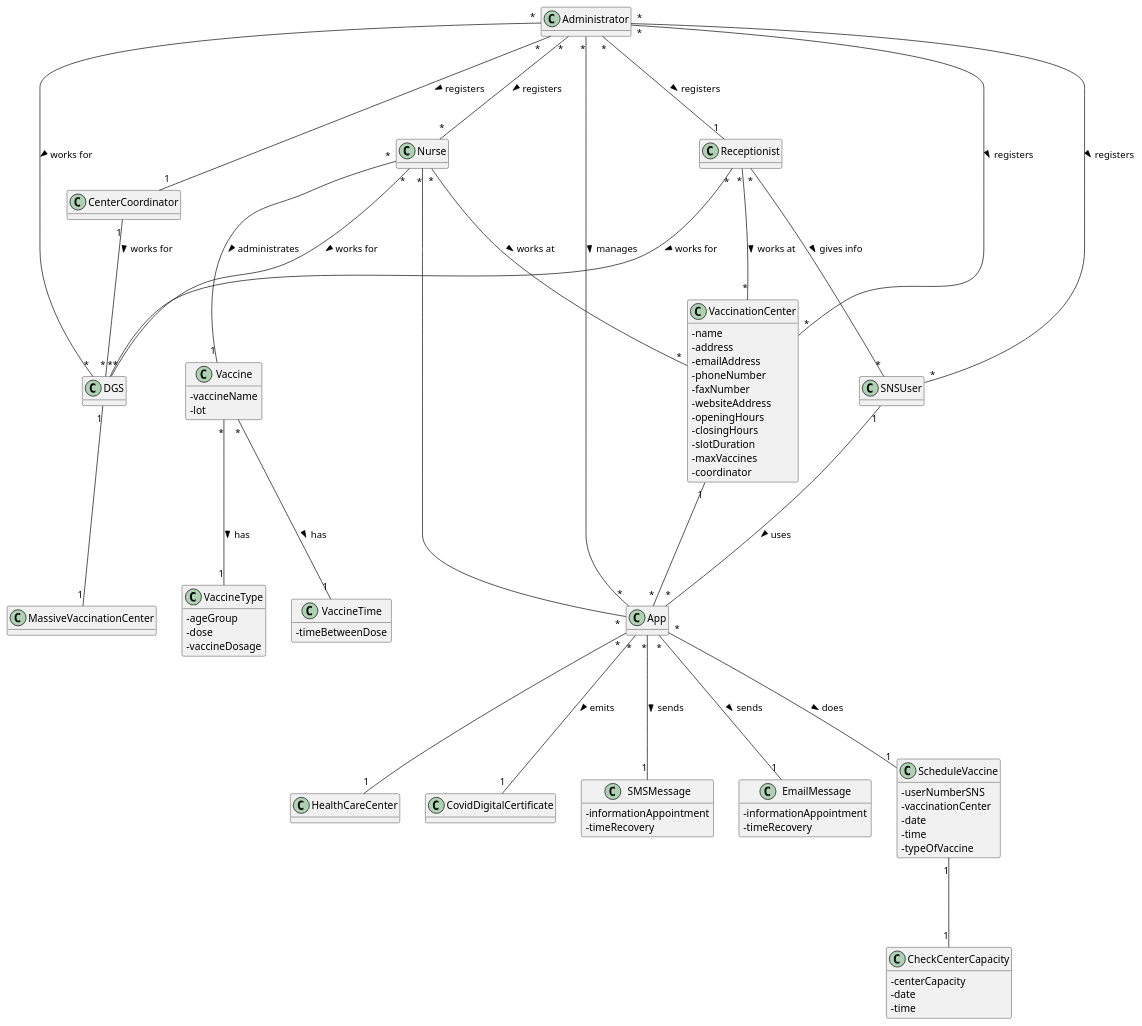
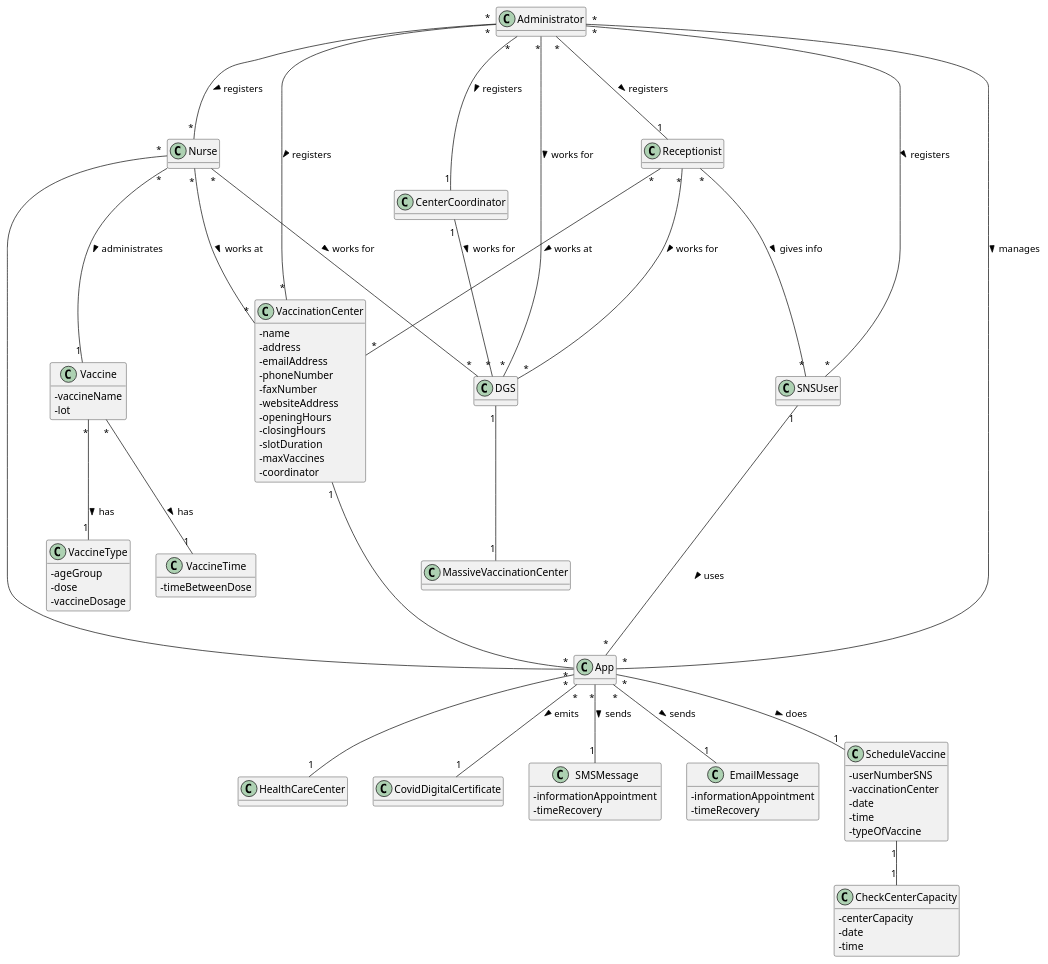
Before and after one commit to PedroMesquita1211171/VaccinationManager: the diagram in docs/SprintA/DM.puml, drawn with PlantUML.

Commit message:
DM vFinal2 (pequenas correções)

```diff
--- a/docs/SprintA/DM.puml
+++ b/docs/SprintA/DM.puml
@@ -1,117 +1,117 @@
 @startuml
 skinparam classAttributeIconSize 0
 hide methods
 
 class Administrator{
 }
 
 class Nurse{
 }
 
 class SNSUser{
 }
 
 class Receptionist{
 }
 
 class CenterCoordinator{
 }
 
 class HealthCareCenter {
 }
 
 class DGS {
 }
 
 class MassiveVaccinationCenter {
 }
 
 class CovidDigitalCertificate {
 }
 
 class App{
 }
 
 class SMSMessage {
 - informationAppointment
 - timeRecovery
 }
 
 class EmailMessage {
 - informationAppointment
 - timeRecovery
 }
 
 class Vaccine {
 - vaccineName
 - lot
 }
 
 class VaccineType {
 - ageGroup
 - dose
 - vaccineDosage
 }
 
 class VaccineTime {
 - timeBetweenDose
 }
 
 class CheckCenterCapacity {
 - centerCapacity
 - date
 - time
 }
 
 class ScheduleVaccine {
 - userNumberSNS
 - vaccinationCenter
 - date
 - time
 - typeOfVaccine
 }
 
 class VaccinationCenter {
   - name
   - address
   - emailAddress
   - phoneNumber
   - faxNumber
   - websiteAddress
   - openingHours
   - closingHours
   - slotDuration
   - maxVaccines
   - coordinator
 }
 
 Administrator "*"---"*" Nurse : registers >
 Administrator "*"---"1" CenterCoordinator : registers >
 Administrator "*"---"1" Receptionist : registers >
 Administrator "*"---"*" SNSUser : registers >
 Administrator "*"---"*" VaccinationCenter : registers >
 Administrator "*"---"*" App : manages >
 Administrator "*"---"*" DGS : works for >
 SNSUser "1"---"*" App : uses >
 VaccinationCenter "1"---"*" App
 Nurse "*"---"*" App
 Nurse "*"---"*" DGS : works for >
 Nurse "*"---"1" Vaccine : administrates >
 Nurse "*"---"*" VaccinationCenter : works at >
 Receptionist "*"---"*" SNSUser : gives info >
 Receptionist "*"---"*" VaccinationCenter : works at >
 Receptionist "*"---"*" DGS : works for >
 CenterCoordinator "1"--"*" DGS : works for >
-DGS "1"---"1" MassiveVaccinationCenter
-Vaccine "*"---"1" VaccineType : has >
-Vaccine "*"---"1" VaccineTime : has >
-App "*"---"1" ScheduleVaccine : does >
-App "*"---"1" SMSMessage : sends >
-App "*"---"1" HealthCareCenter
-App "*"---"1" CovidDigitalCertificate : emits >
-App "*"---"1" EmailMessage : sends >
-ScheduleVaccine "1"---"1" CheckCenterCapacity
+DGS "1"--"1" MassiveVaccinationCenter
+Vaccine "*"--"1" VaccineType : has >
+Vaccine "*"--"1" VaccineTime : has >
+App "*"--"1" ScheduleVaccine : does >
+App "*"--"1" SMSMessage : sends >
+App "*"--"1" HealthCareCenter
+App "*"--"1" CovidDigitalCertificate : emits >
+App "*"--"1" EmailMessage : sends >
+ScheduleVaccine "1"--"1" CheckCenterCapacity
 
 
 
 @endum
```
